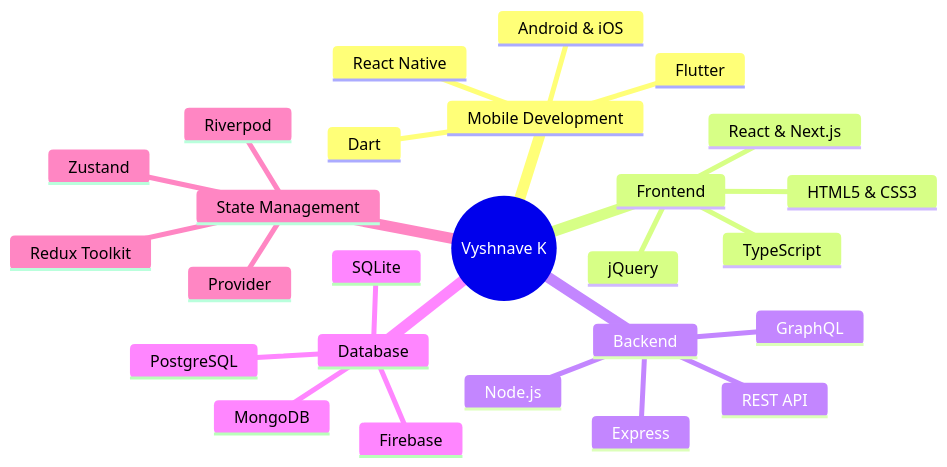
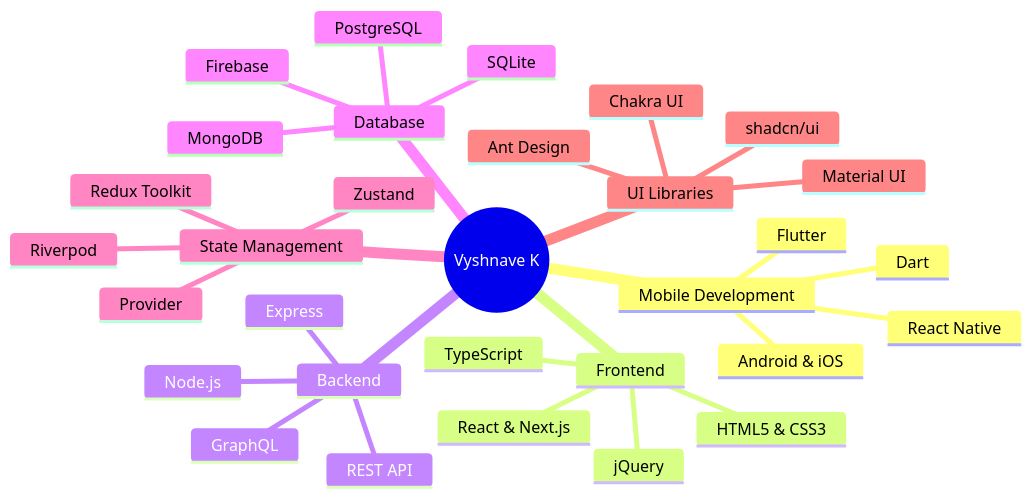
The diagram in README.md (vyshnave1997/vyshnave1997), drawn with Mermaid before and after one commit. The commit also changed other lines of this file, not shown here.

````diff
--- a/README.md
+++ b/README.md
@@ -61,29 +61,34 @@
 ```mermaid
 mindmap
   root((Vyshnave K))
     Mobile Development
       Flutter
       Dart
       React Native
       Android & iOS
     Frontend
       React & Next.js
       TypeScript
       HTML5 & CSS3
       jQuery
     Backend
       Node.js
       Express
       GraphQL
       REST API
     Database
       MongoDB
       PostgreSQL
       Firebase
       SQLite
     State Management
       Redux Toolkit
       Zustand
       Provider
       Riverpod
+    UI Libraries
+      Material UI
+      Ant Design
+      Chakra UI
+      shadcn/ui
 ```
````
